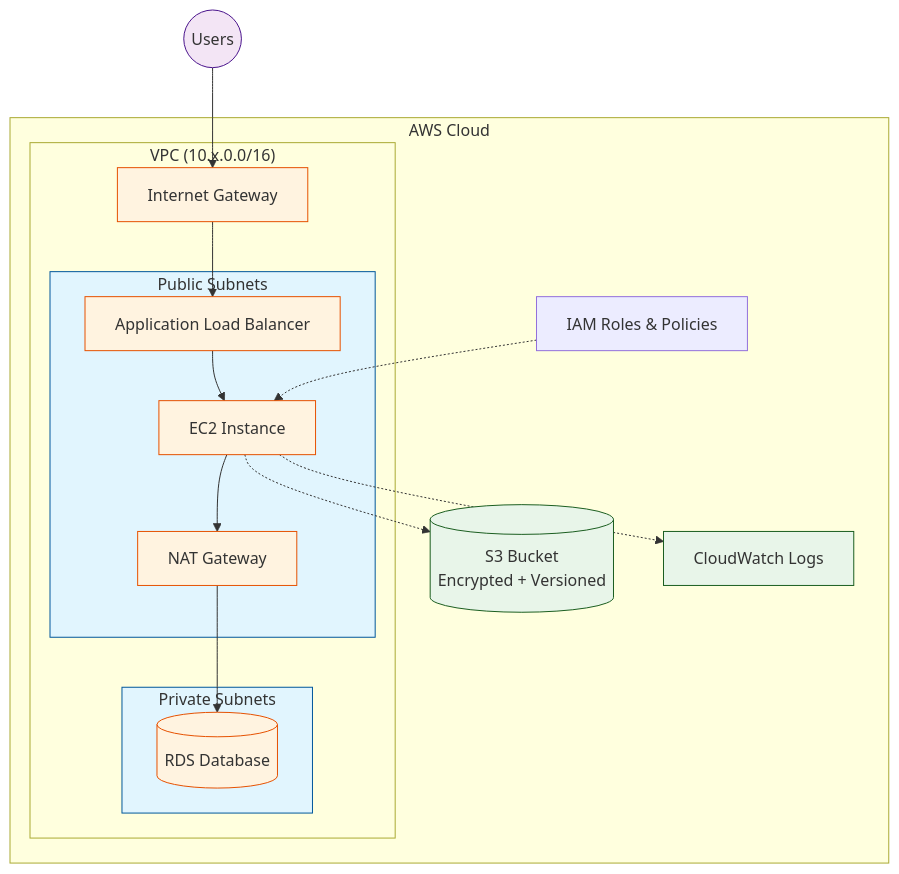
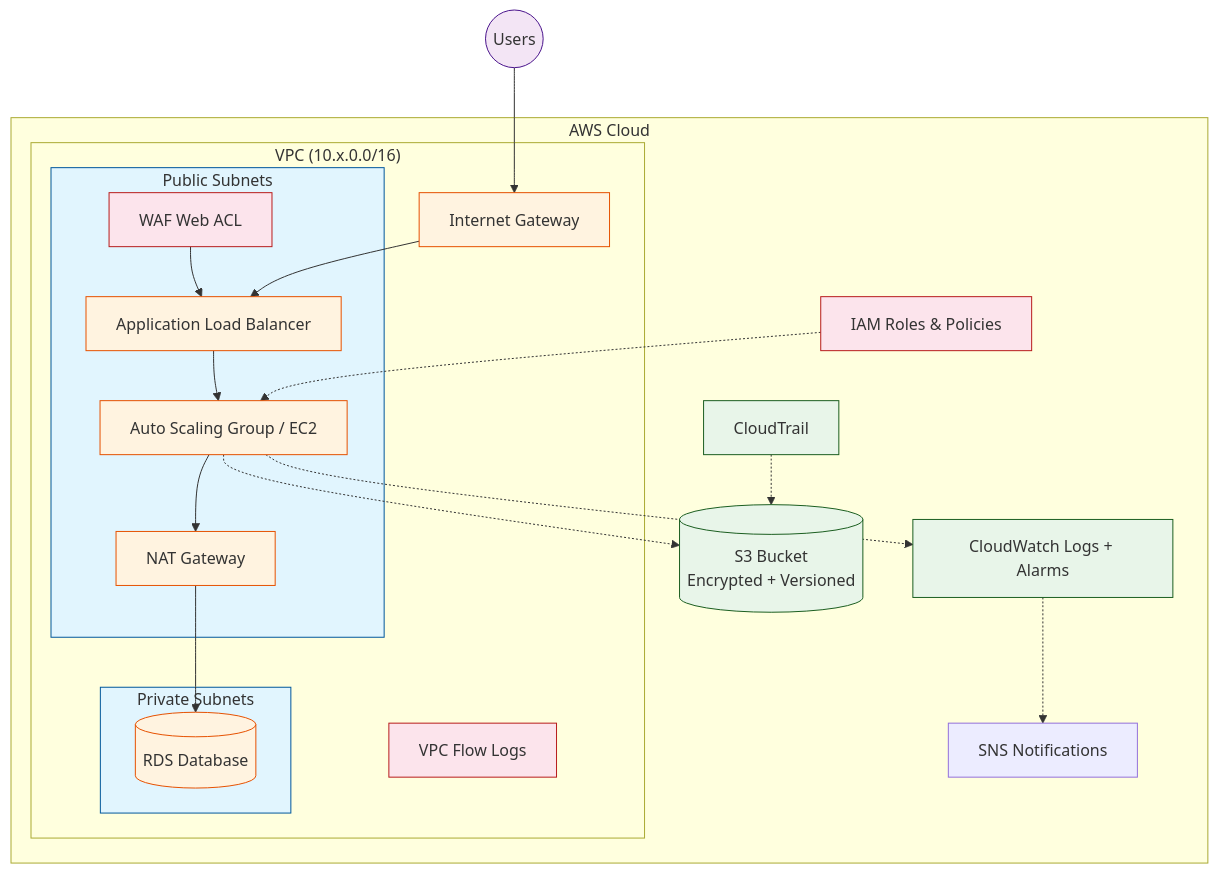
One commit to yahm0/Infrastructure-as-Code-Example changed the diagram in docs/architecture.mermaid. Above: the diagram before and after it, drawn with Mermaid. The commit also changed 65 other files, not shown here.

```diff
--- a/docs/architecture.mermaid
+++ b/docs/architecture.mermaid
@@ -1,39 +1,47 @@
 graph TB
     subgraph AWS["AWS Cloud"]
         subgraph VPC["VPC (10.x.0.0/16)"]
             IGW[Internet Gateway]
+            FL[VPC Flow Logs]
 
             subgraph Public["Public Subnets"]
                 ALB[Application Load Balancer]
-                EC2[EC2 Instance]
+                WAF[WAF Web ACL] --> ALB
+                ASG[Auto Scaling Group / EC2]
                 NAT[NAT Gateway]
             end
 
             subgraph Private["Private Subnets"]
                 RDS[(RDS Database)]
             end
         end
 
         S3[(S3 Bucket<br/>Encrypted + Versioned)]
-        CW[CloudWatch Logs]
+        CW[CloudWatch Logs + Alarms]
+        CT[CloudTrail]
         IAM[IAM Roles & Policies]
+        SNS[SNS Notifications]
     end
 
     Users((Users)) --> IGW
     IGW --> ALB
-    ALB --> EC2
-    EC2 --> NAT
+    ALB --> ASG
+    ASG --> NAT
     NAT --> RDS
-    EC2 -.-> S3
-    EC2 -.-> CW
-    IAM -.-> EC2
+    ASG -.-> S3
+    ASG -.-> CW
+    CW -.-> SNS
+    IAM -.-> ASG
+    CT -.-> S3
 
     classDef subnet fill:#e1f5fe,stroke:#01579b
     classDef service fill:#fff3e0,stroke:#e65100
     classDef storage fill:#e8f5e9,stroke:#1b5e20
     classDef external fill:#f3e5f5,stroke:#4a148c
+    classDef security fill:#fce4ec,stroke:#b71c1c
 
     class Public,Private subnet
-    class ALB,EC2,NAT,IGW,RDS service
-    class S3,CW storage
+    class ALB,ASG,NAT,IGW,RDS service
+    class S3,CW,CT storage
     class Users external
+    class WAF,FL,IAM security
```
